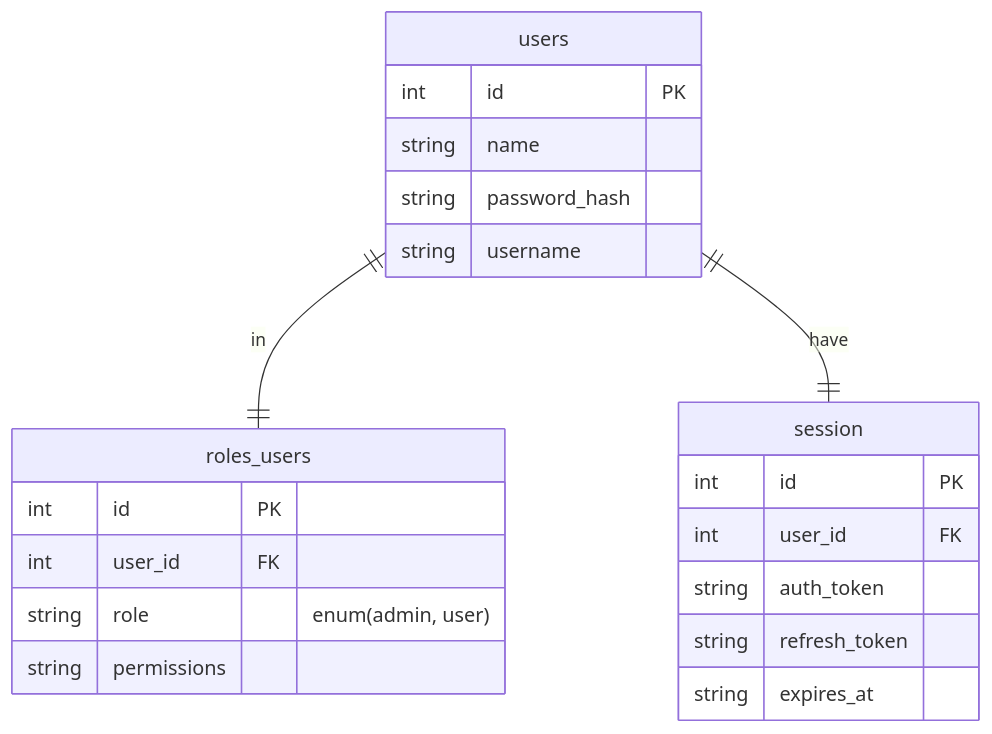
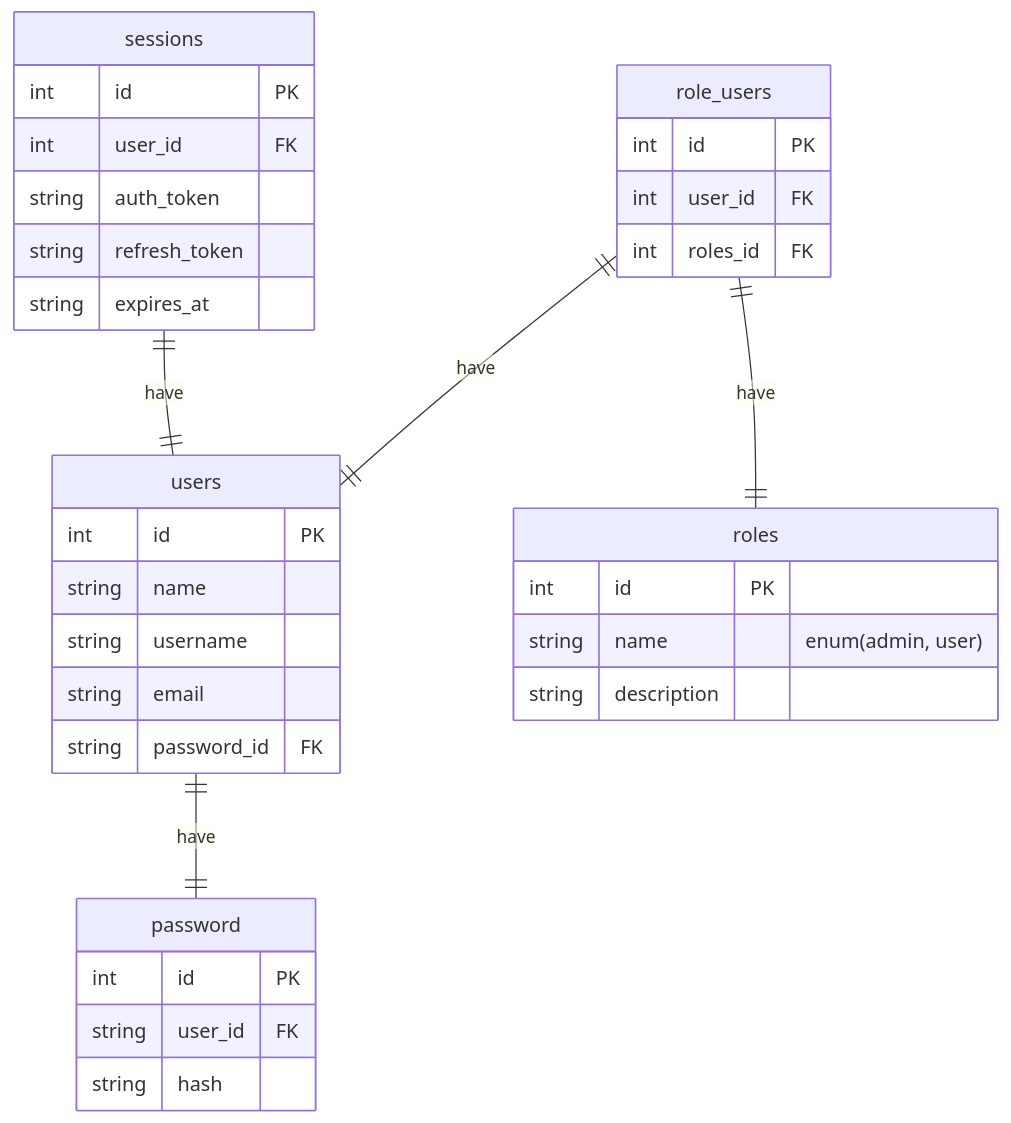
Before and after one commit to bando9/koda-b1-db4: the diagram in README.md, drawn with Mermaid.

Commit message:
feat: update erd

````diff
--- a/README.md
+++ b/README.md
@@ -3,31 +3,48 @@
 ```mermaid
 
 erDiagram
     users {
         int id PK
         string name
-        string password_hash
         string username
+        string email
+        string password_id FK
     }
 
-    roles_users {
+    password {
+        int id PK
+        string user_id FK
+        string hash
+    }
+    users ||--|| password: have
+
+    roles {
+        int id PK
+        string name "enum(admin, user)"
+        string description
+    }
+
+    role_users {
         int id PK
         int user_id FK
-        string role "enum(admin, user)"
-        string permissions
+        int roles_id FK
     }
 
-    session {
+    role_users ||--|| users: have
+    role_users ||--|| roles: have
+
+    sessions {
         int id PK
         int user_id FK
         string auth_token
         string refresh_token
         string expires_at
     }
 
-    users ||--|| roles_users: in
-    users ||--|| session: have
+    sessions ||--|| users: have
+
+
 
 
 
 ```
````
